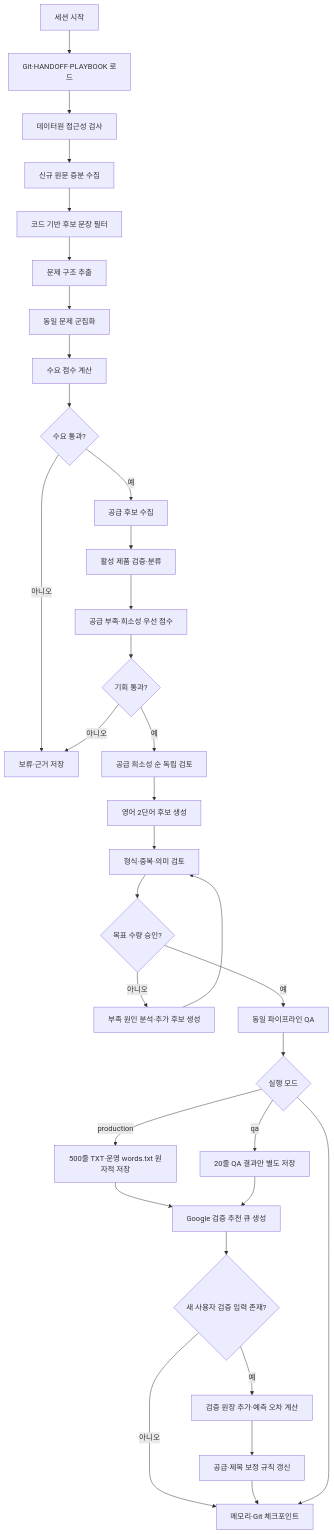
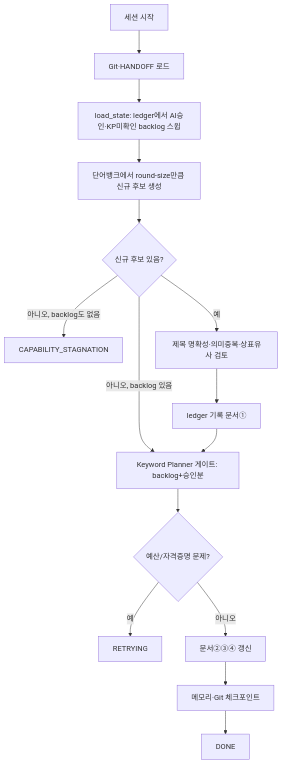
Before and after one commit to daramg814/SAAS_WORDS_TWO: the diagram in docs/operations/11-workflow-state-memory.md, drawn with Mermaid. The commit also changed other lines of this file and 126 other files, not shown here.

````diff
--- a/docs/operations/11-workflow-state-memory.md
+++ b/docs/operations/11-workflow-state-memory.md
@@ -18,35 +21,17 @@
 ```mermaid
 flowchart TD
-    A[세션 시작] --> B[Git·HANDOFF·PLAYBOOK 로드]
-    B --> C[데이터원 접근성 검사]
-    C --> D[신규 원문 증분 수집]
-    D --> E[코드 기반 후보 문장 필터]
-    E --> F[문제 구조 추출]
-    F --> G[동일 문제 군집화]
-    G --> H[수요 점수 계산]
-    H --> I{수요 통과?}
-    I -- 아니오 --> J[보류·근거 저장]
-    I -- 예 --> K[공급 후보 수집]
-    K --> L[활성 제품 검증·분류]
-    L --> M[공급 부족·희소성 우선 점수]
-    M --> N{기회 통과?}
-    N -- 아니오 --> J
-    N -- 예 --> O[공급 희소성 순 독립 검토]
-    O --> P[영어 2단어 후보 생성]
-    P --> Q[형식·중복·의미 검토]
-    Q --> U{목표 수량 승인?}
-    U -- 아니오 --> V[부족 원인 분석·추가 후보 생성]
-    V --> Q
-    U -- 예 --> R[동일 파이프라인 QA]
-    R --> S{실행 모드}
-    S -- production --> W[500줄 TXT·운영 words.txt 원자적 저장]
-    S -- qa --> X[20줄 QA 결과만 별도 저장]
-    W --> Y[Google 검증 추천 큐 생성]
-    X --> Y
-    Y --> Z{새 사용자 검증 입력 존재?}
-    Z -- 아니오 --> T[메모리·Git 체크포인트]
-    Z -- 예 --> AA[검증 원장 추가·예측 오차 계산]
-    AA --> AB[공급·제목 보정 규칙 갱신]
-    AB --> T
-    S --> T[메모리·Git 체크포인트]
+    A[세션 시작] --> B[Git·HANDOFF 로드]
+    B --> C[load_state: ledger에서 AI승인·KP미확인 backlog 스윕]
+    C --> D[단어뱅크에서 round-size만큼 신규 후보 생성]
+    D --> E{신규 후보 있음?}
+    E -- 아니오, backlog도 없음 --> F[CAPABILITY_STAGNATION]
+    E -- 아니오, backlog 있음 --> H
+    E -- 예 --> G[제목 명확성·의미중복·상표유사 검토]
+    G --> GL[ledger 기록 문서①]
+    GL --> H[Keyword Planner 게이트: backlog+승인분]
+    H --> I{예산/자격증명 문제?}
+    I -- 예 --> J[RETRYING]
+    I -- 아니오 --> K[문서②③④ 갱신]
+    K --> L[메모리·Git 체크포인트]
+    L --> M[DONE]
 ```
````
